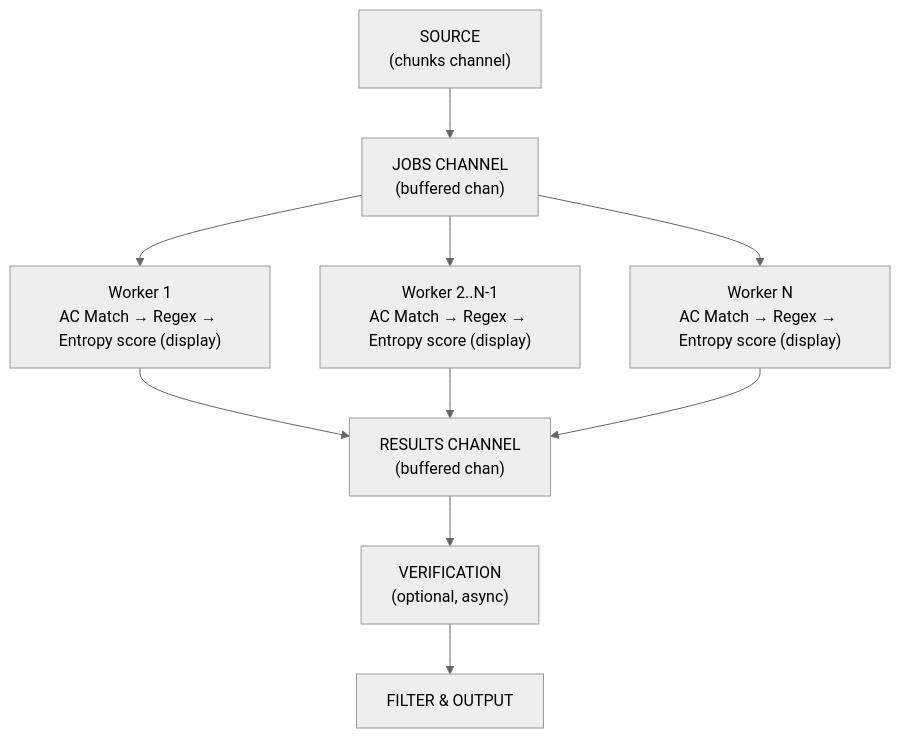
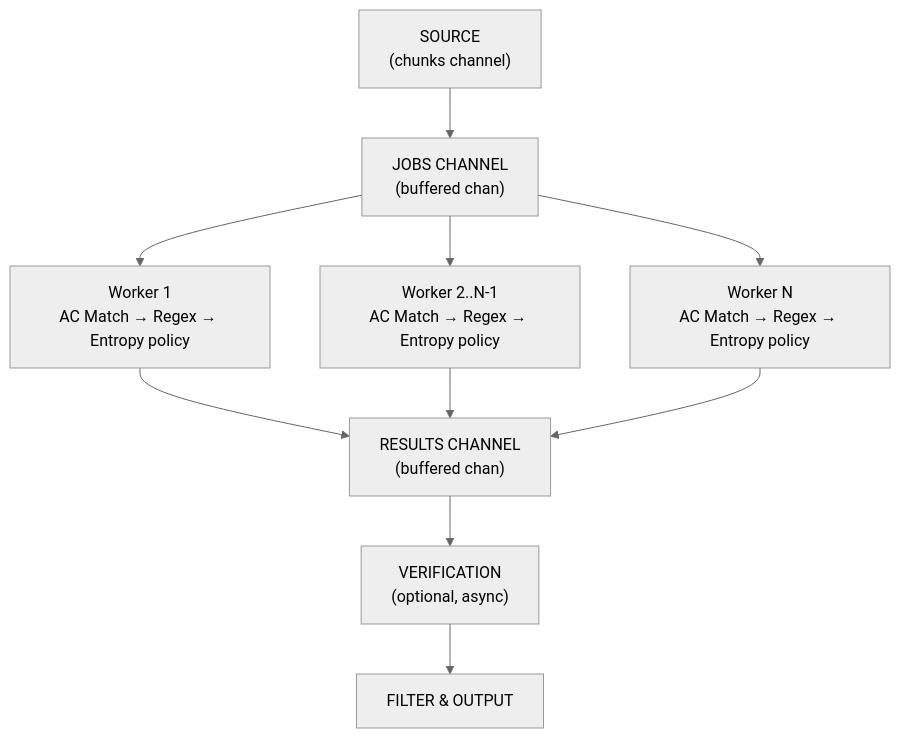
The fourth of 8 diagrams in docs/architecture/03-ARCHITECTURE.md (cemililik/Leakwatch), drawn with Mermaid (neutral theme) before and after one commit. The commit also changed other lines of this file and 38 other files, not shown here.

````diff
--- a/docs/architecture/03-ARCHITECTURE.md
+++ b/docs/architecture/03-ARCHITECTURE.md
@@ -347,12 +347,12 @@
 ```mermaid
 flowchart TD
     Source["SOURCE\n(chunks channel)"] --> Jobs["JOBS CHANNEL\n(buffered chan)"]
-    Jobs --> W1["Worker 1\nAC Match → Regex → Entropy score (display)"]
-    Jobs --> W2["Worker 2..N-1\nAC Match → Regex → Entropy score (display)"]
-    Jobs --> WN["Worker N\nAC Match → Regex → Entropy score (display)"]
+    Jobs --> W1["Worker 1\nAC Match → Regex → Entropy policy"]
+    Jobs --> W2["Worker 2..N-1\nAC Match → Regex → Entropy policy"]
+    Jobs --> WN["Worker N\nAC Match → Regex → Entropy policy"]
     W1 --> Results["RESULTS CHANNEL\n(buffered chan)"]
     W2 --> Results
     WN --> Results
     Results --> Verify["VERIFICATION\n(optional, async)"]
     Verify --> Output["FILTER & OUTPUT"]
 ```
````
